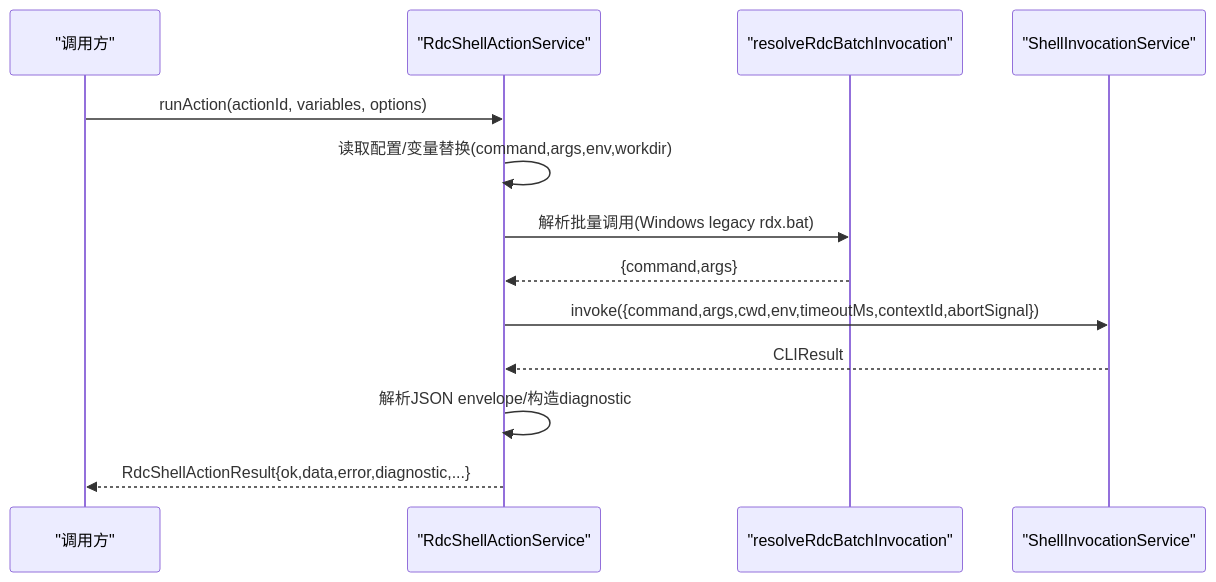
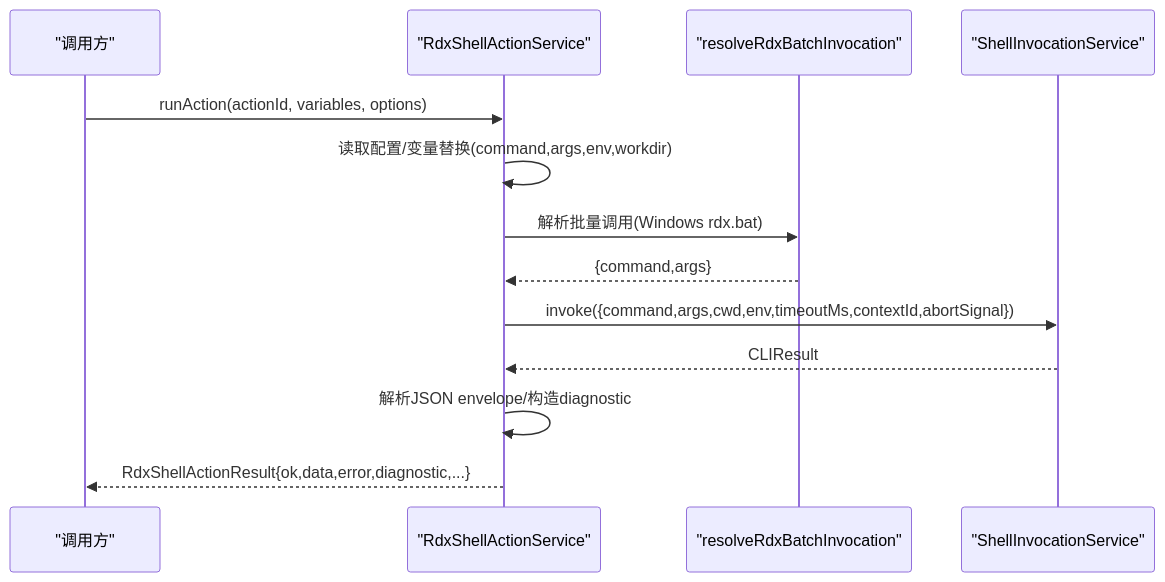
The fifth of 6 diagrams in .qoder/repowiki/zh/content/核心模块/工具系统/Shell 执行服务.md (haolange/RDC-Agent), drawn with Mermaid before and after one commit. The commit also changed other lines of this file and 150 other files, not shown here.

````diff
--- a/.qoder/repowiki/zh/content/核心模块/工具系统/Shell 执行服务.md
+++ b/.qoder/repowiki/zh/content/核心模块/工具系统/Shell 执行服务.md
@@ -193,15 +193,15 @@
 ```mermaid
 sequenceDiagram
 participant Caller as "调用方"
-participant Action as "RdcShellActionService"
-participant Resolve as "resolveRdcBatchInvocation"
+participant Action as "RdxShellActionService"
+participant Resolve as "resolveRdxBatchInvocation"
 participant Svc as "ShellInvocationService"
 Caller->>Action : runAction(actionId, variables, options)
 Action->>Action : 读取配置/变量替换(command,args,env,workdir)
-Action->>Resolve : 解析批量调用(Windows legacy rdx.bat)
+Action->>Resolve : 解析批量调用(Windows rdx.bat)
 Resolve-->>Action : {command,args}
 Action->>Svc : invoke({command,args,cwd,env,timeoutMs,contextId,abortSignal})
 Svc-->>Action : CLIResult
 Action->>Action : 解析JSON envelope/构造diagnostic
-Action-->>Caller : RdcShellActionResult{ok,data,error,diagnostic,...}
+Action-->>Caller : RdxShellActionResult{ok,data,error,diagnostic,...}
 ```
````
